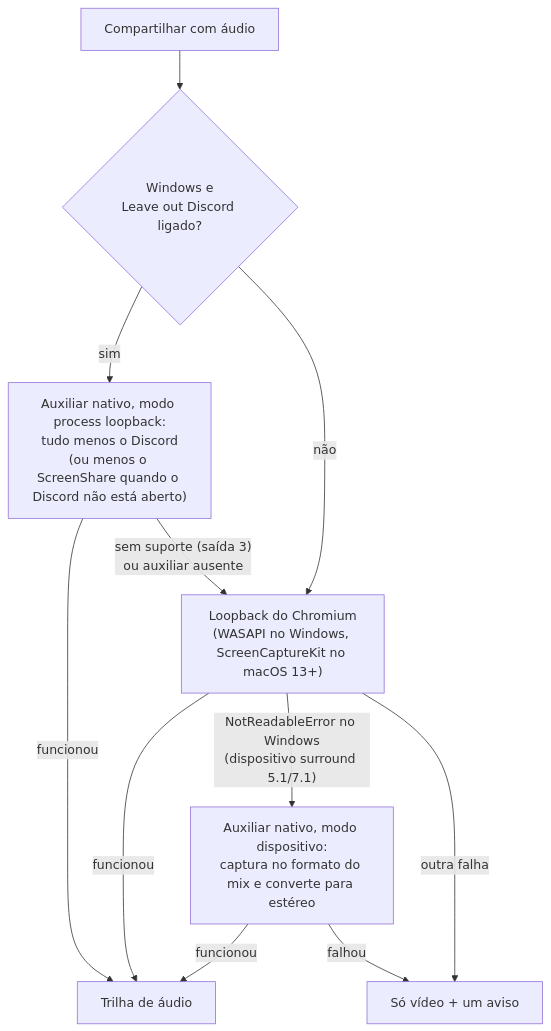
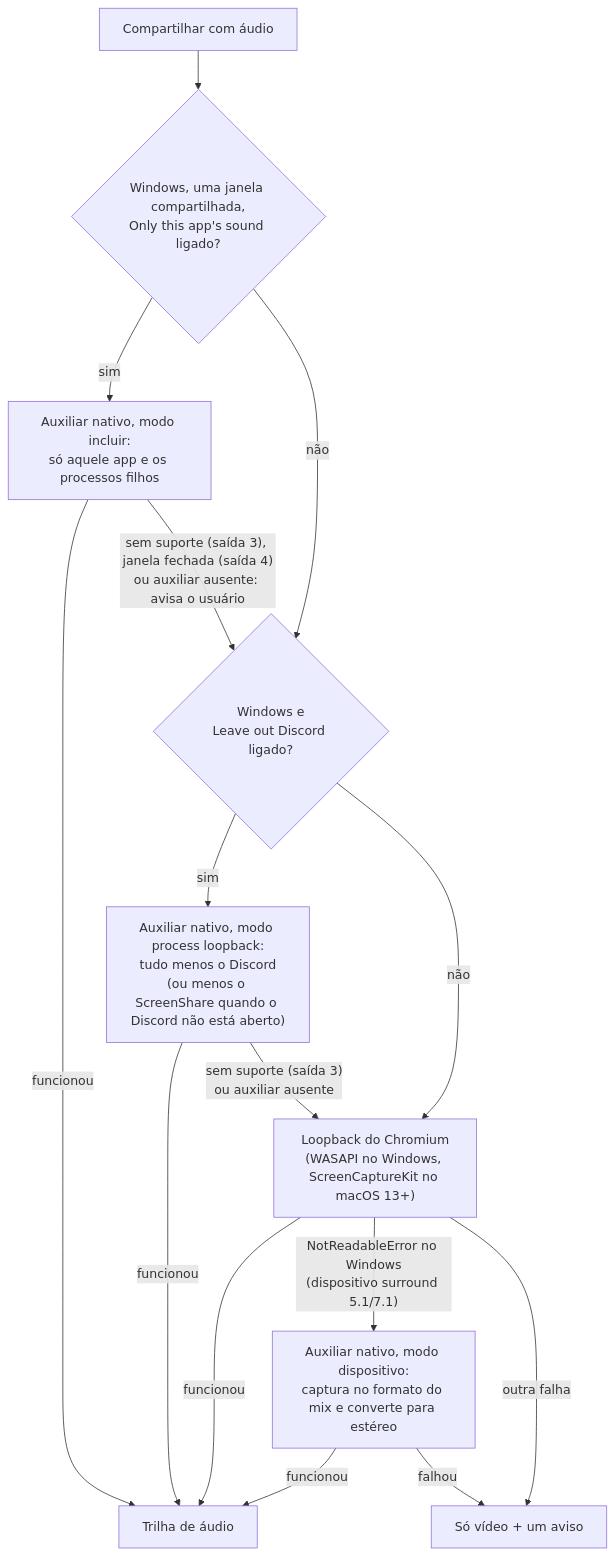
The sixth of 6 diagrams in docs/pt-BR/media-pipeline.md (nsfxu/lan-screenshare), drawn with Mermaid before and after one commit. The commit also changed other lines of this file and 23 other files, not shown here.

First line of the commit message:
Share only the shared window's app sound (Windows)

````diff
--- a/docs/pt-BR/media-pipeline.md
+++ b/docs/pt-BR/media-pipeline.md
@@ -201,13 +201,17 @@
 ```mermaid
 flowchart TD
-  S["Compartilhar com áudio"] --> Q{"Windows e<br/>Leave out Discord ligado?"}
+  S["Compartilhar com áudio"] --> A{"Windows, uma janela compartilhada,<br/>Only this app's sound ligado?"}
+  A -->|sim| H0["Auxiliar nativo, modo incluir:<br/>só aquele app e os processos filhos"]
+  H0 -->|funcionou| OK
+  H0 -->|"sem suporte (saída 3), janela fechada (saída 4)<br/>ou auxiliar ausente: avisa o usuário"| Q
+  A -->|não| Q{"Windows e<br/>Leave out Discord ligado?"}
   Q -->|sim| H1["Auxiliar nativo, modo process loopback:<br/>tudo menos o Discord<br/>(ou menos o ScreenShare quando o Discord não está aberto)"]
   H1 -->|funcionou| OK["Trilha de áudio"]
   H1 -->|"sem suporte (saída 3)<br/>ou auxiliar ausente"| C
   Q -->|não| C["Loopback do Chromium<br/>(WASAPI no Windows, ScreenCaptureKit no macOS 13+)"]
   C -->|funcionou| OK
   C -->|"NotReadableError no Windows<br/>(dispositivo surround 5.1/7.1)"| H2["Auxiliar nativo, modo dispositivo:<br/>captura no formato do mix e converte para estéreo"]
   H2 -->|funcionou| OK
   C -->|"outra falha"| NO["Só vídeo + um aviso"]
   H2 -->|falhou| NO
 ```
````
